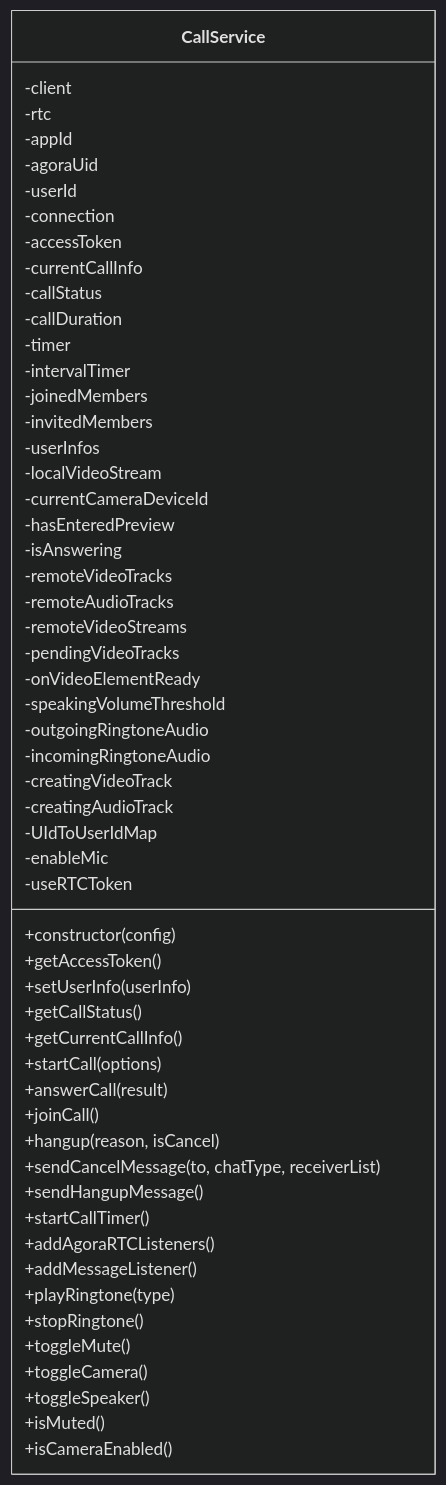
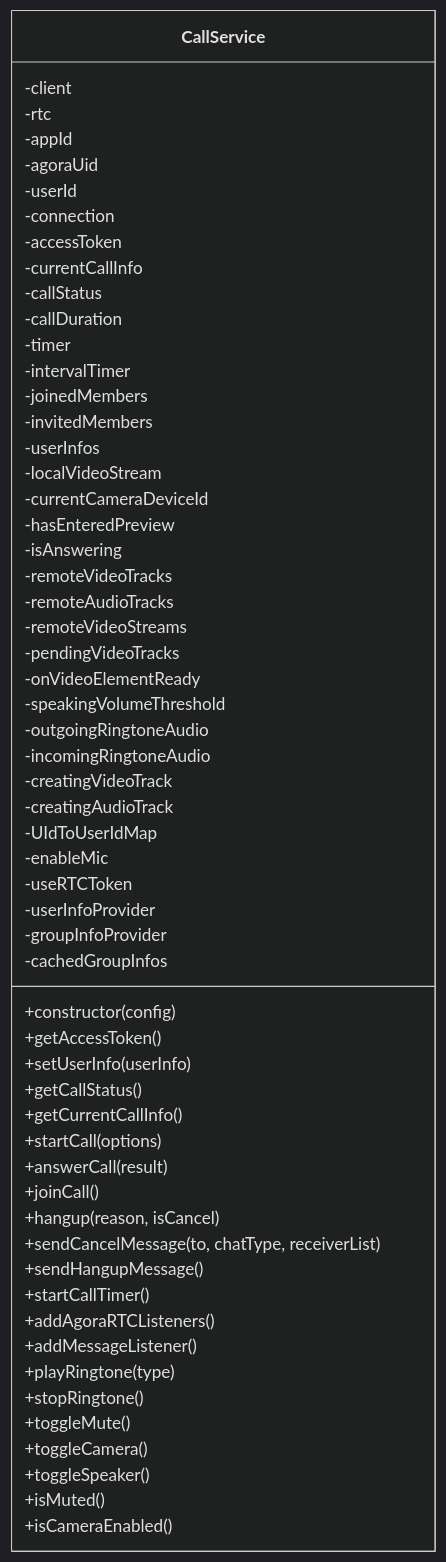
One commit to Easemob-Community/easemob-uikit-callkit-vue3 changed the third of 9 diagrams in .qoder/repowiki/zh/content/服务层/通话服务 (CallService).md. Above: the diagram before and after it, drawn with Mermaid (dark theme). The commit also changed other lines of this file and 15 other files, not shown here.

````diff
--- a/.qoder/repowiki/zh/content/服务层/通话服务 (CallService).md
+++ b/.qoder/repowiki/zh/content/服务层/通话服务 (CallService).md
@@ -171,58 +197,61 @@
 ```mermaid
 classDiagram
 class CallService {
 -client
 -rtc
 -appId
 -agoraUid
 -userId
 -connection
 -accessToken
 -currentCallInfo
 -callStatus
 -callDuration
 -timer
 -intervalTimer
 -joinedMembers
 -invitedMembers
 -userInfos
 -localVideoStream
 -currentCameraDeviceId
 -hasEnteredPreview
 -isAnswering
 -remoteVideoTracks
 -remoteAudioTracks
 -remoteVideoStreams
 -pendingVideoTracks
 -onVideoElementReady
 -speakingVolumeThreshold
 -outgoingRingtoneAudio
 -incomingRingtoneAudio
 -creatingVideoTrack
 -creatingAudioTrack
 -UIdToUserIdMap
 -enableMic
 -useRTCToken
+-userInfoProvider
+-groupInfoProvider
+-cachedGroupInfos
 +constructor(config)
 +getAccessToken()
 +setUserInfo(userInfo)
 +getCallStatus()
 +getCurrentCallInfo()
 +startCall(options)
 +answerCall(result)
 +joinCall()
 +hangup(reason, isCancel)
 +sendCancelMessage(to, chatType, receiverList)
 +sendHangupMessage()
 +startCallTimer()
 +addAgoraRTCListeners()
 +addMessageListener()
 +playRingtone(type)
 +stopRingtone()
 +toggleMute()
 +toggleCamera()
 +toggleSpeaker()
 +isMuted()
 +isCameraEnabled()
 }
 ```
````
